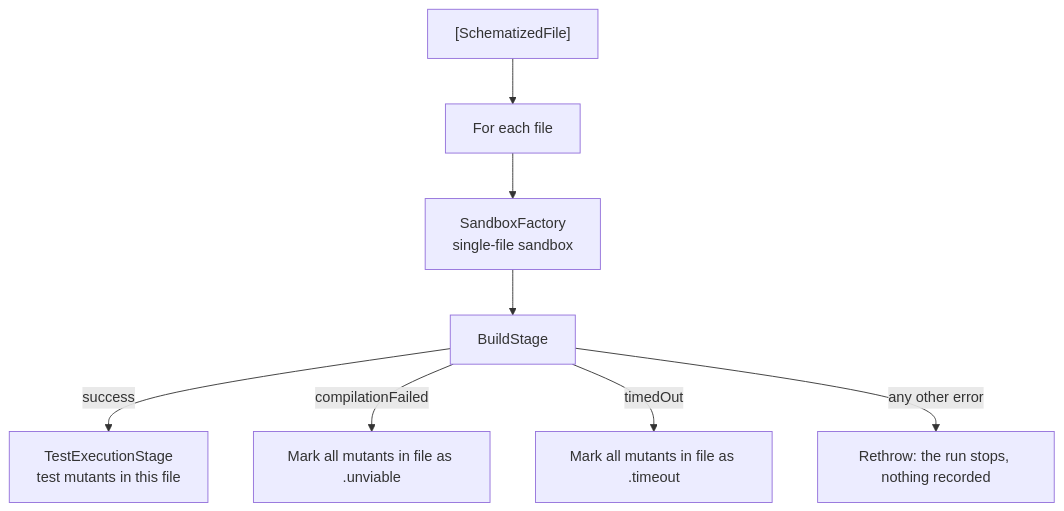
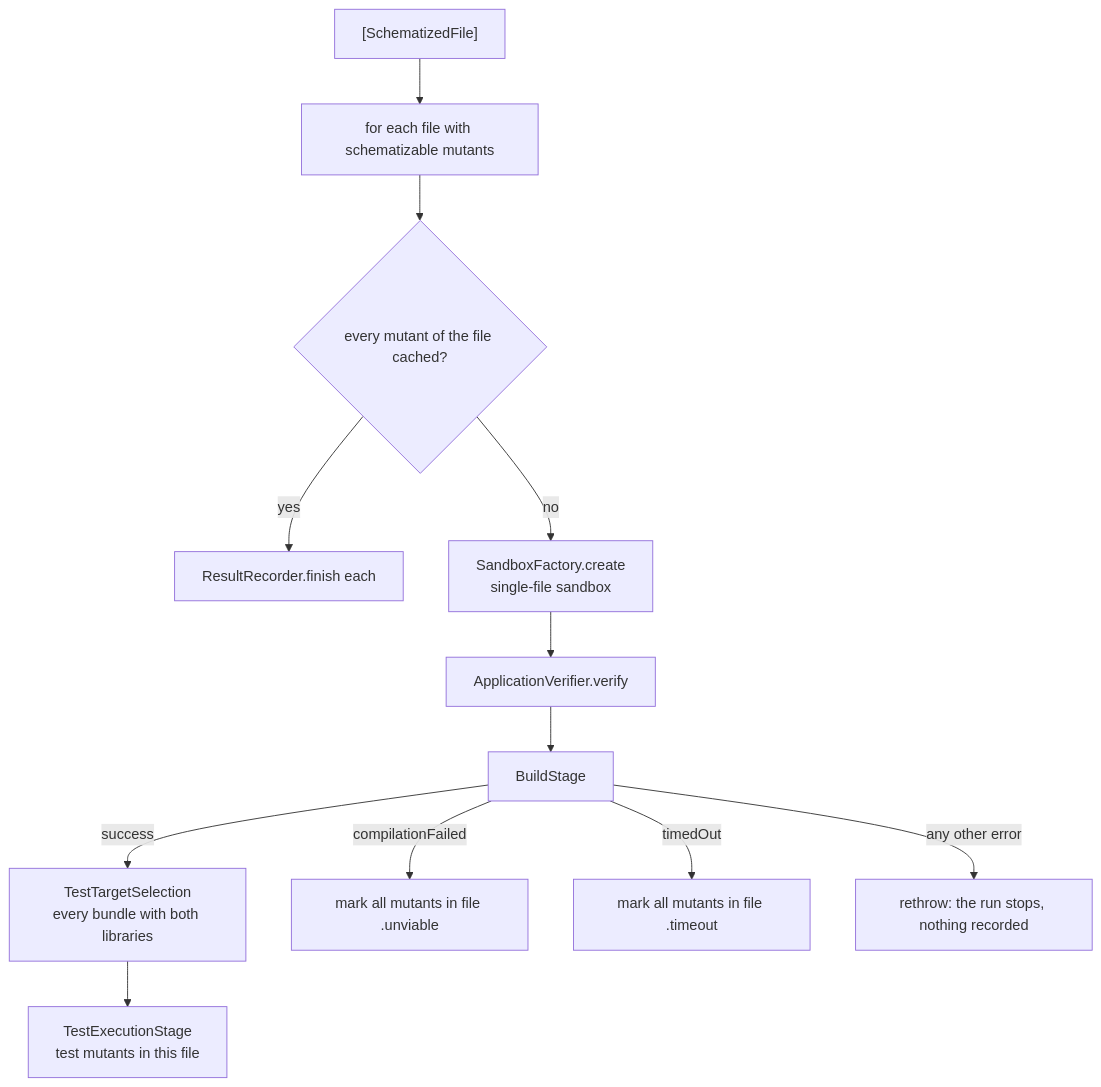
One commit to ericodx/swift-mutation-testing changed the fifth of 6 diagrams in Docs/CodeBase/07-execution.md. Above: the diagram before and after it, drawn with Mermaid. The commit also changed other lines of this file and 2 other files, not shown here.

Commit message:
docs: bring the CodeBase pages for schematization, sandbox build and execution in line with the sources and fix their diagrams

````diff
--- a/Docs/CodeBase/07-execution.md
+++ b/Docs/CodeBase/07-execution.md
@@ -500,10 +552,14 @@
 ```mermaid
 flowchart TD
-    FILES["[SchematizedFile]"] --> LOOP["For each file"]
-    LOOP --> SF[SandboxFactory\nsingle-file sandbox]
-    SF --> BS[BuildStage]
-    BS -- success --> TES[TestExecutionStage\ntest mutants in this file]
-    BS -- compilationFailed --> UNVIABLE[Mark all mutants in file as .unviable]
-    BS -- timedOut --> TIMEOUT[Mark all mutants in file as .timeout]
-    BS -- any other error --> THROW[Rethrow: the run stops, nothing recorded]
+    FILES["[SchematizedFile]"] --> LOOP["for each file with schematizable mutants"]
+    LOOP --> CACHED{"every mutant of the file cached?"}
+    CACHED -- yes --> FINISH["ResultRecorder.finish each"]
+    CACHED -- no --> SF["SandboxFactory.create<br>single-file sandbox"]
+    SF --> VERIFY["ApplicationVerifier.verify"]
+    VERIFY --> BS["BuildStage"]
+    BS -- success --> SEL["TestTargetSelection<br>every bundle with both libraries"]
+    SEL --> TES["TestExecutionStage<br>test mutants in this file"]
+    BS -- compilationFailed --> UNVIABLE["mark all mutants in file .unviable"]
+    BS -- timedOut --> TIMEOUT["mark all mutants in file .timeout"]
+    BS -- "any other error" --> THROW["rethrow: the run stops, nothing recorded"]
 ```
````
